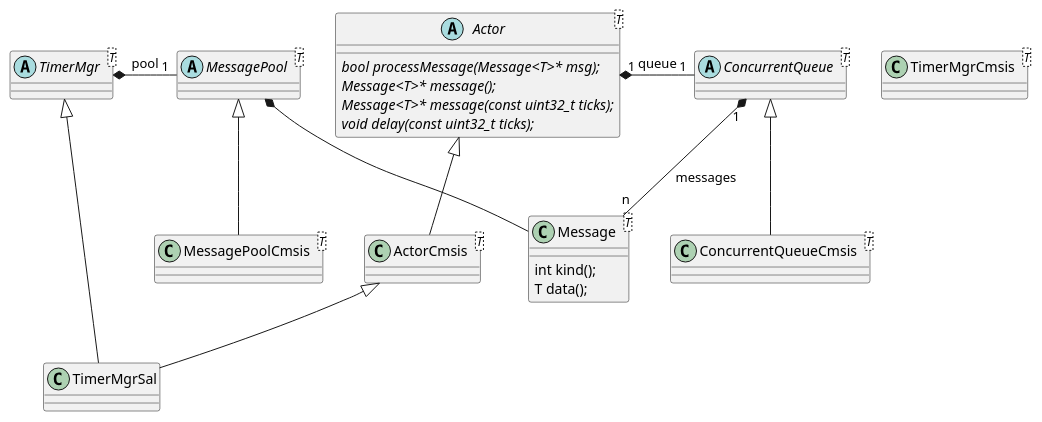
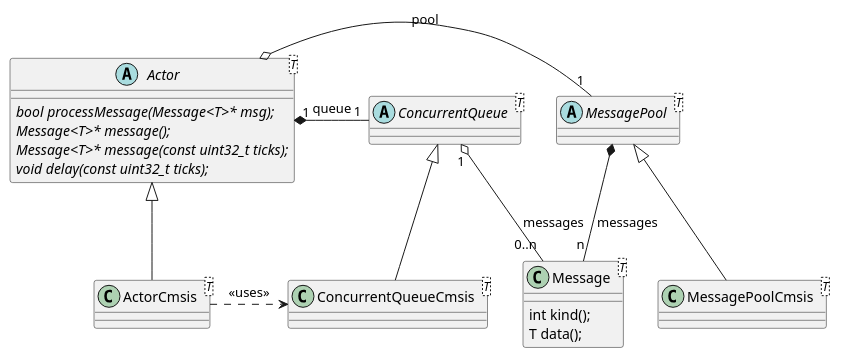
The first of 2 diagrams in src/site/website/content/blog/2024/blog-2024-06-03.adoc (tangly-team/tangly-os), drawn with PlantUML before and after one commit. The commit also changed other lines of this file and 46 other files, not shown here.

```diff
--- a/src/site/website/content/blog/2024/blog-2024-06-03.adoc
+++ b/src/site/website/content/blog/2024/blog-2024-06-03.adoc
@@ -32,46 +35,40 @@
-[plantuml,actors,svg]
+[plantuml,target=actors,format=svg]
 ....
 @startuml
 class Message<T> {
   int kind();
   T data();
 }
+
+abstract class MessagePool<T> {}
+MessagePool *-- "n" Message : messages
 
 abstract class ConcurrentQueue<T>
 
 abstract class Actor<T> {
     {abstract} bool processMessage(Message<T>* msg);
     {abstract} Message<T>* message();
     {abstract} Message<T>* message(const uint32_t ticks);
     {abstract} void delay(const uint32_t ticks);
 }
 
-abstract class MessagePool<T> {}
+Actor o-"1" MessagePool : pool
 
-abstract class TimerMgr<T> {
-}
-
-MessagePool *-- Message
-Actor "1"*-"1" ConcurrentQueue : queue
-ConcurrentQueue "1"*--"n" Message : messages
-TimerMgr *-"1" MessagePool : pool
+Actor "1" *- "1" ConcurrentQueue : queue
+ConcurrentQueue "1" o-- "0..n" Message : messages
 
 class ConcurrentQueueCmsis<T> {}
 
 class MessagePoolCmsis<T> {}
 
 class ActorCmsis<T> {}
 
-class TimerMgrCmsis<T> {}
-
 ConcurrentQueue <|-- ConcurrentQueueCmsis
 
 Actor <|-- ActorCmsis
+ActorCmsis .> ConcurrentQueueCmsis : <<uses>>
 
 MessagePool <|-- MessagePoolCmsis
 
-TimerMgr <|-- TimerMgrSal
-ActorCmsis <|-- TimerMgrSal
-
 @enduml
 ....
```
